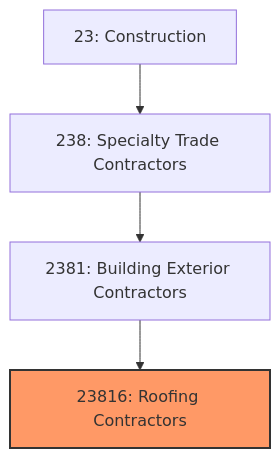
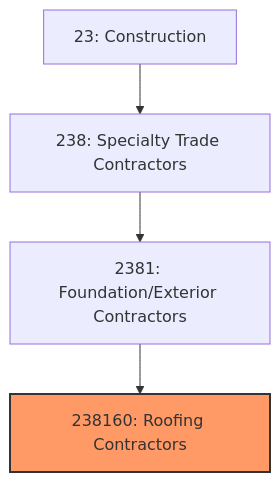
Before and after one commit to kziemski/business.org.ai: the first of 3 diagrams in industries/Construction/SpecialtyTradeContractors/BuildingExteriorContractors/RoofingContractors.mdx, drawn with Mermaid. The commit also changed other lines of this file and 20 other files, not shown here.

````diff
--- a/industries/Construction/SpecialtyTradeContractors/BuildingExteriorContractors/RoofingContractors.mdx
+++ b/industries/Construction/SpecialtyTradeContractors/BuildingExteriorContractors/RoofingContractors.mdx
@@ -20,8 +36,8 @@
 ```mermaid
 graph TD
     S23["23: Construction"]
     S23 --> N238["238: Specialty Trade Contractors"]
-    N238 --> N2381["2381: Building Exterior Contractors"]
-    N2381 --> N23816["23816: Roofing Contractors"]
-    style N23816 fill:#f96,stroke:#333,stroke-width:2px
+    N238 --> N2381["2381: Foundation/Exterior Contractors"]
+    N2381 --> N238160["238160: Roofing Contractors"]
+    style N238160 fill:#f96,stroke:#333,stroke-width:2px
 ```
````
